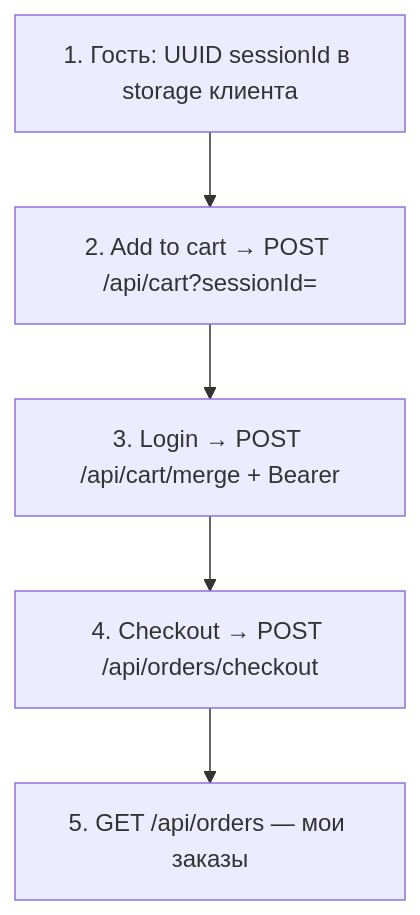
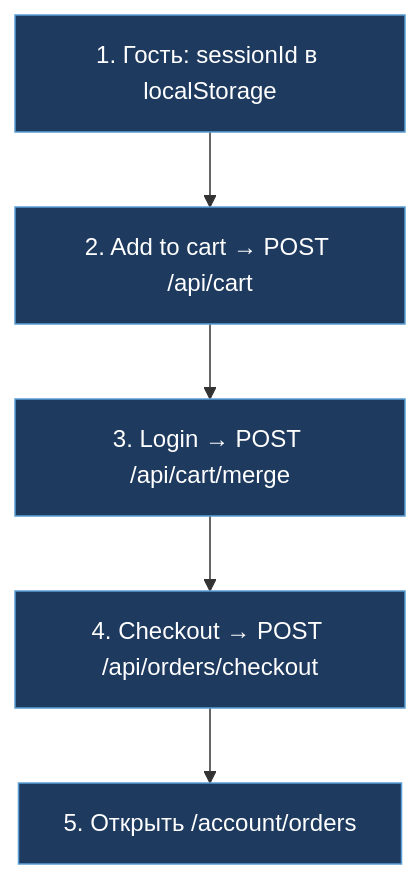
The tenth of 10 diagrams in project_defense/DEFENSE_BACKEND.md (ITSTEP-PERRY/Back_end_for_our_poroject), drawn with Mermaid before and after one commit. The commit also changed other lines of this file and 2 other files, not shown here.

````diff
--- a/project_defense/DEFENSE_BACKEND.md
+++ b/project_defense/DEFENSE_BACKEND.md
@@ -405,9 +470,13 @@
 ```mermaid
 flowchart TB
-  S1["1. Гость: UUID sessionId в storage клиента"]
-  S2["2. Add to cart → POST /api/cart?sessionId="]
-  S3["3. Login → POST /api/cart/merge + Bearer"]
+  S1["1. Гость: sessionId в localStorage"]
+  S2["2. Add to cart → POST /api/cart"]
+  S3["3. Login → POST /api/cart/merge"]
   S4["4. Checkout → POST /api/orders/checkout"]
-  S5["5. GET /api/orders — мои заказы"]
+  S5["5. Открыть /account/orders"]
+
   S1 --> S2 --> S3 --> S4 --> S5
+
+  classDef a fill:#1e3a5f,stroke:#5b9fd4,color:#fff
+  class S1,S2,S3,S4,S5 a
 ```
````
